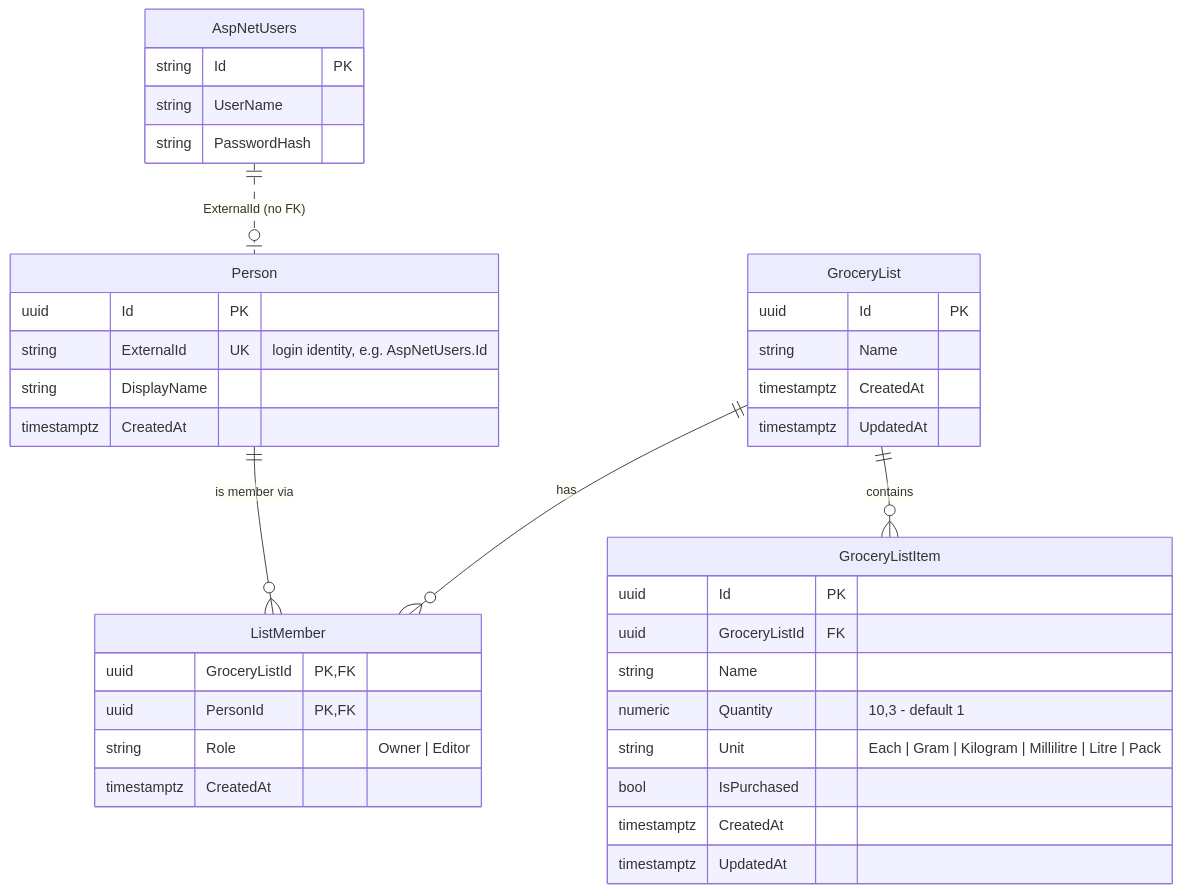
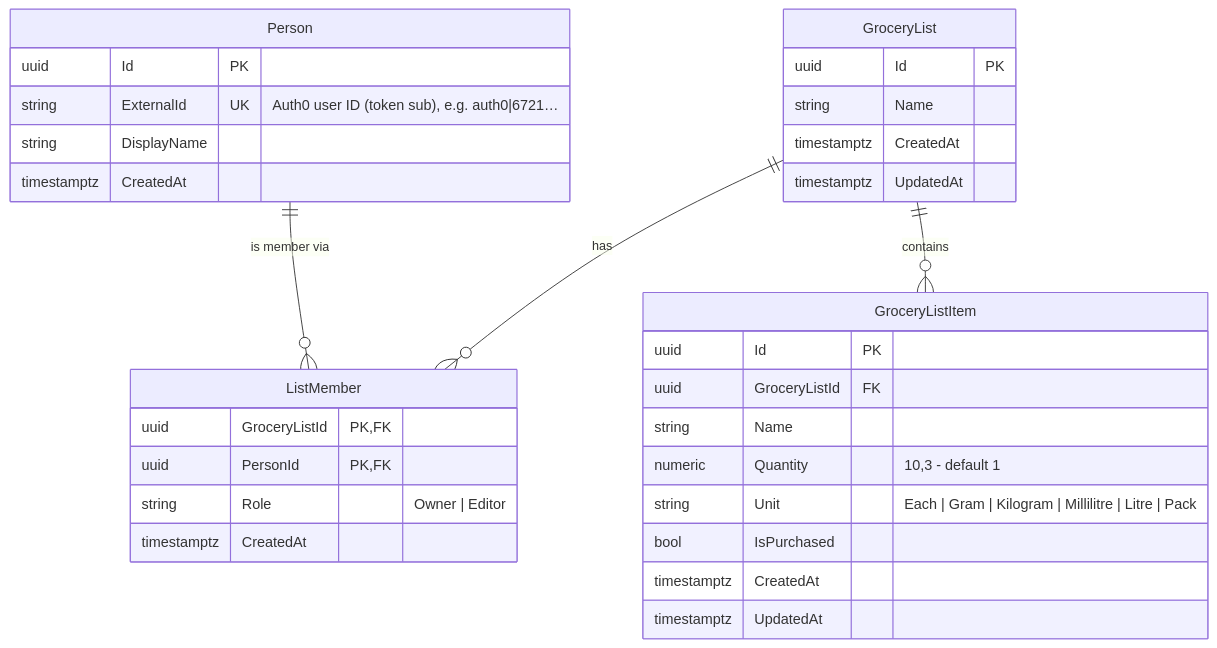
One commit to twobirdsonestoned/growcery changed the fifth of 5 diagrams in README.md. Above: the diagram before and after it, drawn with Mermaid. The commit also changed other lines of this file, not shown here.

First line of the commit message:
Document Auth0 authentication in README

````diff
--- a/README.md
+++ b/README.md
@@ -200,41 +269,35 @@
 ```mermaid
 erDiagram
     Person ||--o{ ListMember : "is member via"
     GroceryList ||--o{ ListMember : "has"
     GroceryList ||--o{ GroceryListItem : "contains"
-    AspNetUsers ||..o| Person : "ExternalId (no FK)"
 
     Person {
         uuid Id PK
-        string ExternalId UK "login identity, e.g. AspNetUsers.Id"
+        string ExternalId UK "Auth0 user ID (token sub), e.g. auth0|6721…"
         string DisplayName
         timestamptz CreatedAt
     }
     ListMember {
         uuid GroceryListId PK, FK
         uuid PersonId PK, FK
         string Role "Owner | Editor"
         timestamptz CreatedAt
     }
     GroceryList {
         uuid Id PK
         string Name
         timestamptz CreatedAt
         timestamptz UpdatedAt
     }
     GroceryListItem {
         uuid Id PK
         uuid GroceryListId FK
         string Name
         numeric Quantity "10,3 - default 1"
         string Unit "Each | Gram | Kilogram | Millilitre | Litre | Pack"
         bool IsPurchased
         timestamptz CreatedAt
         timestamptz UpdatedAt
     }
-    AspNetUsers {
-        string Id PK
-        string UserName
-        string PasswordHash
-    }
 ```
````
